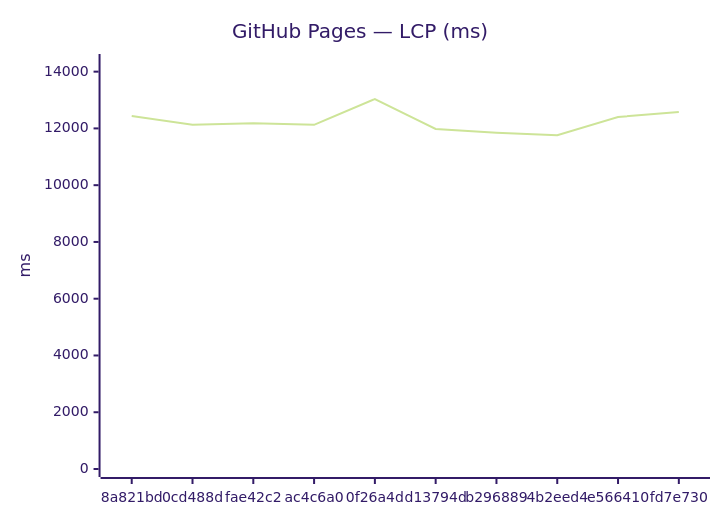
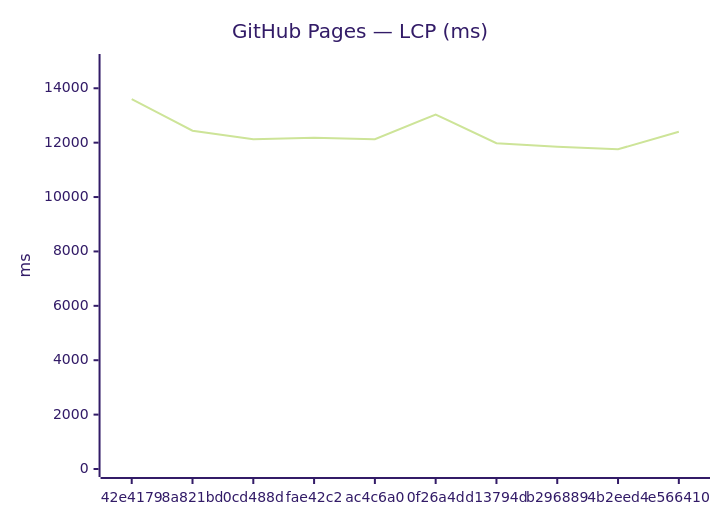
One commit to Metaheurist/Rianell changed the third of 18 diagrams in benchmarks/compare.md. Above: the diagram before and after it, drawn with Mermaid (forest theme). The commit also changed other lines of this file and 11 other files, not shown here.

````diff
--- a/benchmarks/compare.md
+++ b/benchmarks/compare.md
@@ -54,7 +54,7 @@
 ```mermaid
 xychart-beta
     title "GitHub Pages — LCP (ms)"
-    x-axis ["8a821bd", "0cd488d", "fae42c2", "ac4c6a0", "0f26a4d", "d13794d", "b296889", "4b2eed4", "e566410", "fd7e730"]
-    y-axis "ms" 0 --> 14340
-    line [12438, 12126, 12180, 12127, 13036, 11979, 11847, 11759, 12402, 12580]
+    x-axis ["42e4179", "8a821bd", "0cd488d", "fae42c2", "ac4c6a0", "0f26a4d", "d13794d", "b296889", "4b2eed4", "e566410"]
+    y-axis "ms" 0 --> 14966
+    line [13605, 12438, 12126, 12180, 12127, 13036, 11979, 11847, 11759, 12402]
 ```
````
